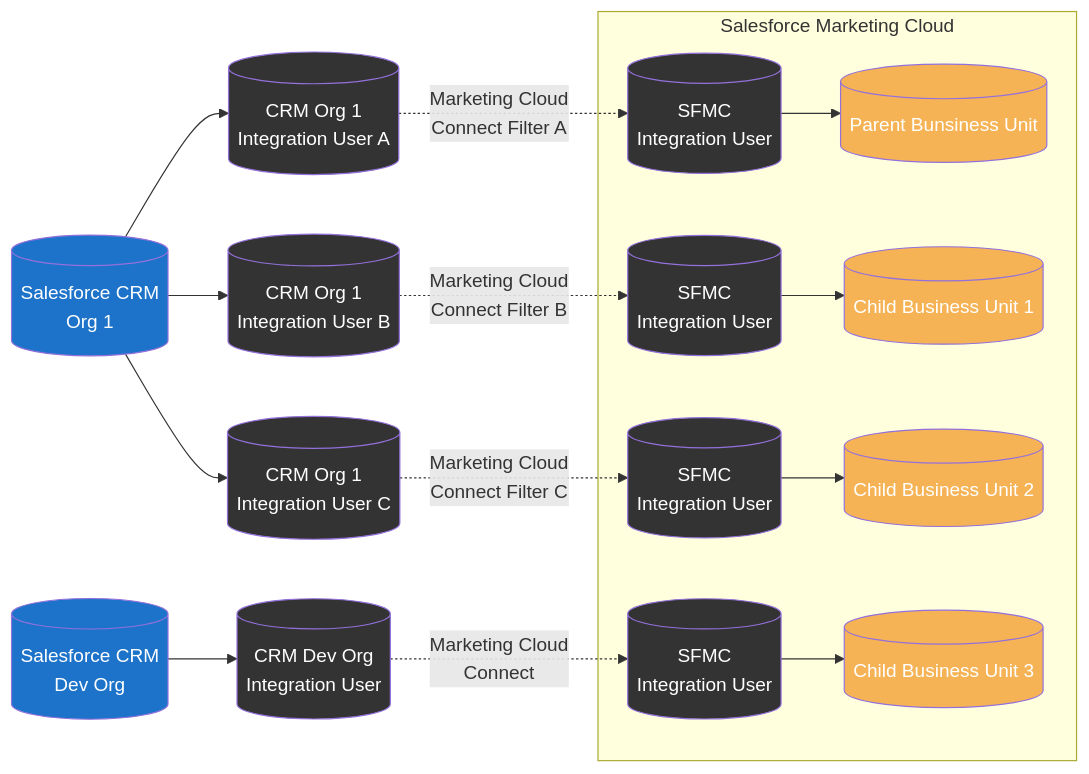
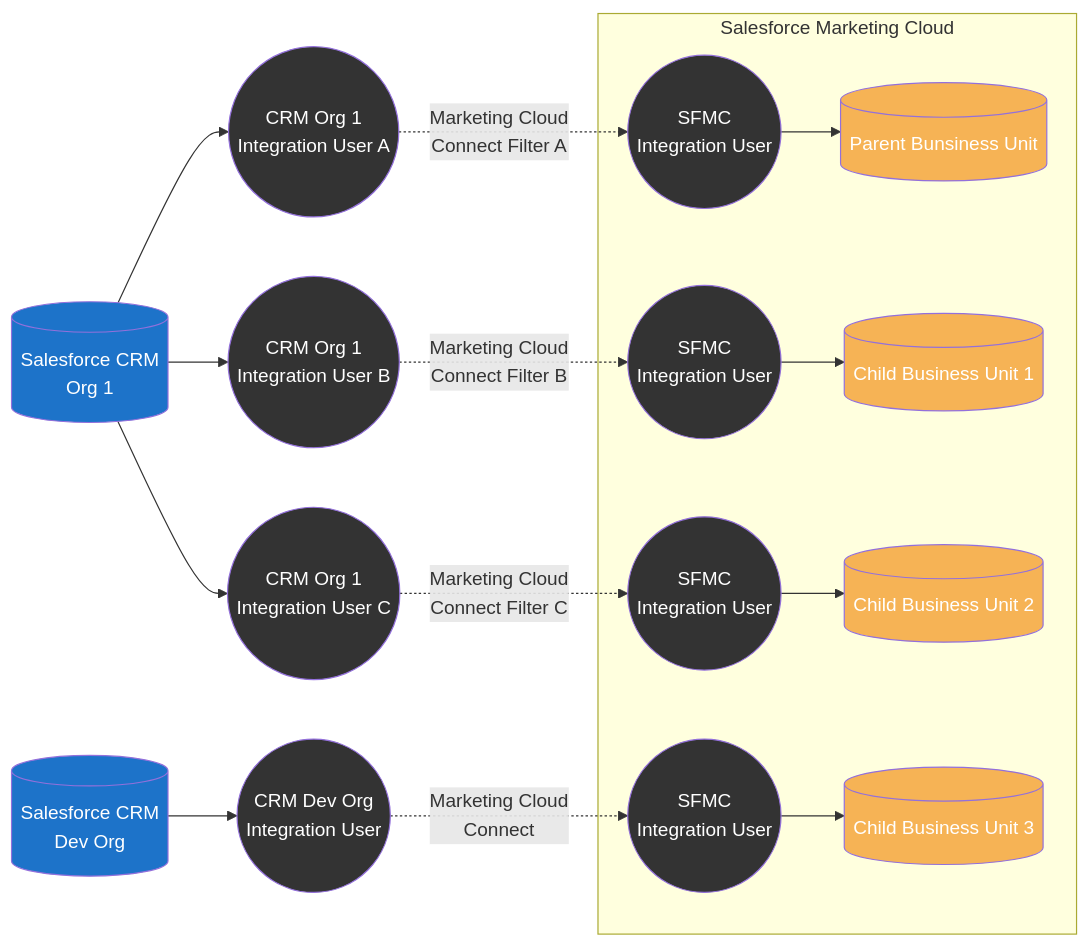
One commit to MateuszDabrowski/mateuszdabrowski.pl changed the seventh of 7 diagrams in docs/config/sfmc-mcc-integration-patterns.mdx. Above: the diagram before and after it, drawn with Mermaid. The commit also changed other lines of this file, not shown here.

Commit message:
Updated draft of MCC Patterns article

````diff
--- a/docs/config/sfmc-mcc-integration-patterns.mdx
+++ b/docs/config/sfmc-mcc-integration-patterns.mdx
@@ -320,36 +330,36 @@
 ```mermaid
 graph LR
  crm1[(Salesforce CRM\nOrg 1)]:::sfdc
  crm2[(Salesforce CRM\nDev Org)]:::sfdc
- crm1IU[(CRM Org 1\nIntegration User A)]:::mcc
- crm2IU[(CRM Org 1\nIntegration User B)]:::mcc
- crm3IU[(CRM Org 1\nIntegration User C)]:::mcc
- crm4IU[(CRM Dev Org\nIntegration User)]:::mcc
- sfmc1IU[(SFMC\nIntegration User)]:::mcc
- sfmc2IU[(SFMC\nIntegration User)]:::mcc
- sfmc3IU[(SFMC\nIntegration User)]:::mcc
- sfmc4IU[(SFMC\nIntegration User)]:::mcc
+ crm1IU((CRM Org 1\nIntegration User A)):::mcc
+ crm2IU((CRM Org 1\nIntegration User B)):::mcc
+ crm3IU((CRM Org 1\nIntegration User C)):::mcc
+ crm4IU((CRM Dev Org\nIntegration User)):::mcc
+ sfmc1IU((SFMC\nIntegration User)):::mcc
+ sfmc2IU((SFMC\nIntegration User)):::mcc
+ sfmc3IU((SFMC\nIntegration User)):::mcc
+ sfmc4IU((SFMC\nIntegration User)):::mcc
  sfmc1[(Parent Bunsiness Unit)]:::sfmc
  sfmcBU1[(Child Business Unit 1)]:::sfmc
  sfmcBU2[(Child Business Unit 2)]:::sfmc
  sfmcBU3[(Child Business Unit 3)]:::sfmc
 
  crm1 --> crm1IU
  crm1IU -. Marketing Cloud\nConnect Filter A .-> sfmc1IU
  crm1 --> crm2IU
  crm2IU -. Marketing Cloud\nConnect Filter B .-> sfmc2IU
  crm1 --> crm3IU
  crm3IU -. Marketing Cloud\nConnect Filter C .-> sfmc3IU
  crm2 --> crm4IU
  crm4IU -. Marketing Cloud\nConnect .-> sfmc4IU
  subgraph sfmc [Salesforce Marketing Cloud]
     sfmc1IU --> sfmc1
     sfmc2IU --> sfmcBU1
     sfmc3IU --> sfmcBU2
     sfmc4IU --> sfmcBU3
  end
 
  classDef sfdc fill:#1d73c9,color:#ffffff
  classDef sfmc fill:#f6b355,color:#ffffff
  classDef mcc fill:#333333,color:#ffffff
 ```
````
